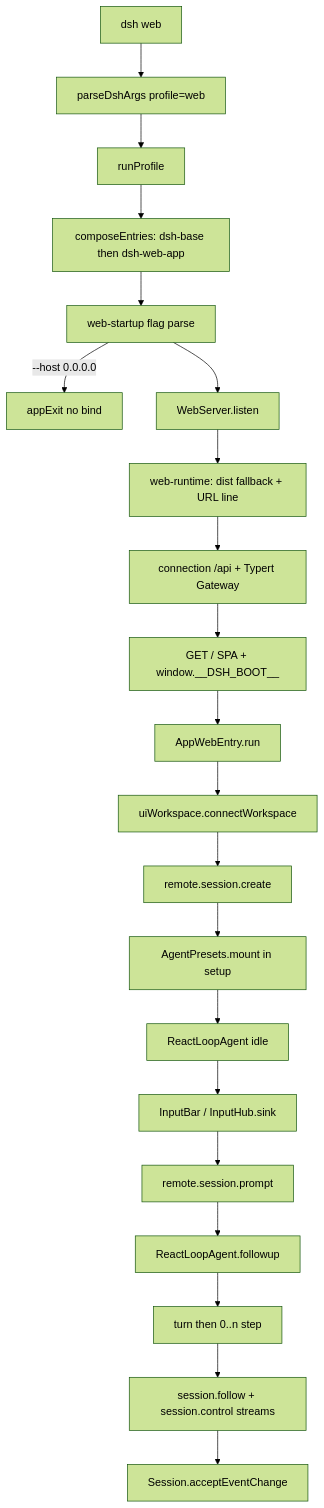
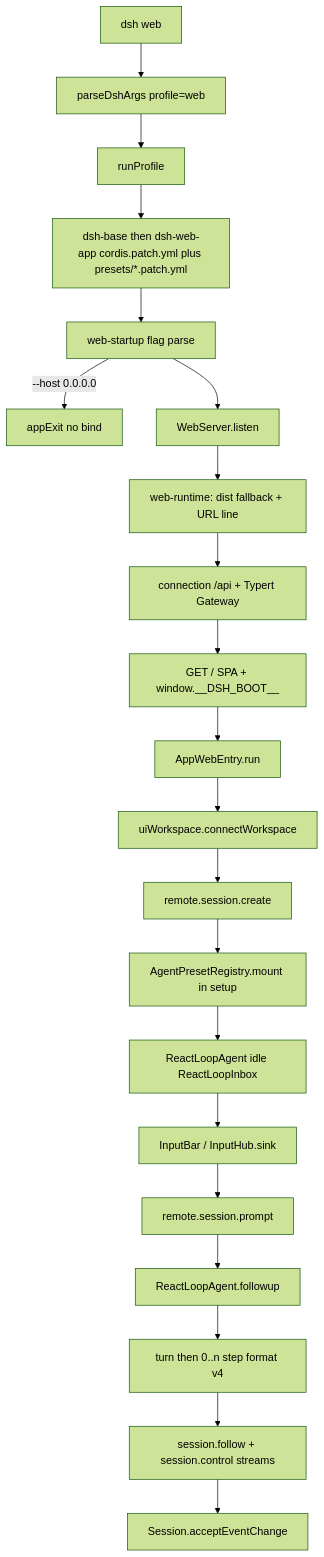
One commit to wdnmdtonyma/SOTA-Agent-LLM-Wiki changed the diagram in docs/llm-wiki/deepseek-harness/spine/trace-web-first-prompt.md. Above: the diagram before and after it, drawn with Mermaid (forest theme). The commit also changed other lines of this file and 237 other files, not shown here.

````diff
--- a/docs/llm-wiki/deepseek-harness/spine/trace-web-first-prompt.md
+++ b/docs/llm-wiki/deepseek-harness/spine/trace-web-first-prompt.md
@@ -61,23 +74,23 @@
 ```mermaid
 flowchart TD
   argv["dsh web"] --> parse["parseDshArgs profile=web"]
   parse --> run["runProfile"]
-  run --> compose["composeEntries: dsh-base then dsh-web-app"]
+  run --> compose["dsh-base then dsh-web-app cordis.patch.yml plus presets/*.patch.yml"]
   compose --> flags["web-startup flag parse"]
   flags -->|"--host 0.0.0.0"| die["appExit no bind"]
   flags --> listen["WebServer.listen"]
   listen --> glue["web-runtime: dist fallback + URL line"]
   glue --> api["connection /api + Typert Gateway"]
   api --> page["GET / SPA + window.__DSH_BOOT__"]
   page --> shell["AppWebEntry.run"]
   shell --> pick["uiWorkspace.connectWorkspace"]
   pick --> create["remote.session.create"]
-  create --> preset["AgentPresets.mount in setup"]
-  preset --> idle["ReactLoopAgent idle"]
+  create --> preset["AgentPresetRegistry.mount in setup"]
+  preset --> idle["ReactLoopAgent idle ReactLoopInbox"]
   idle --> submit["InputBar / InputHub.sink"]
   submit --> prompt["remote.session.prompt"]
   prompt --> follow["ReactLoopAgent.followup"]
-  follow --> turn["turn then 0..n step"]
+  follow --> turn["turn then 0..n step format v4"]
   turn --> mux["session.follow + session.control streams"]
   mux --> ui["Session.acceptEventChange"]
 ```
````
